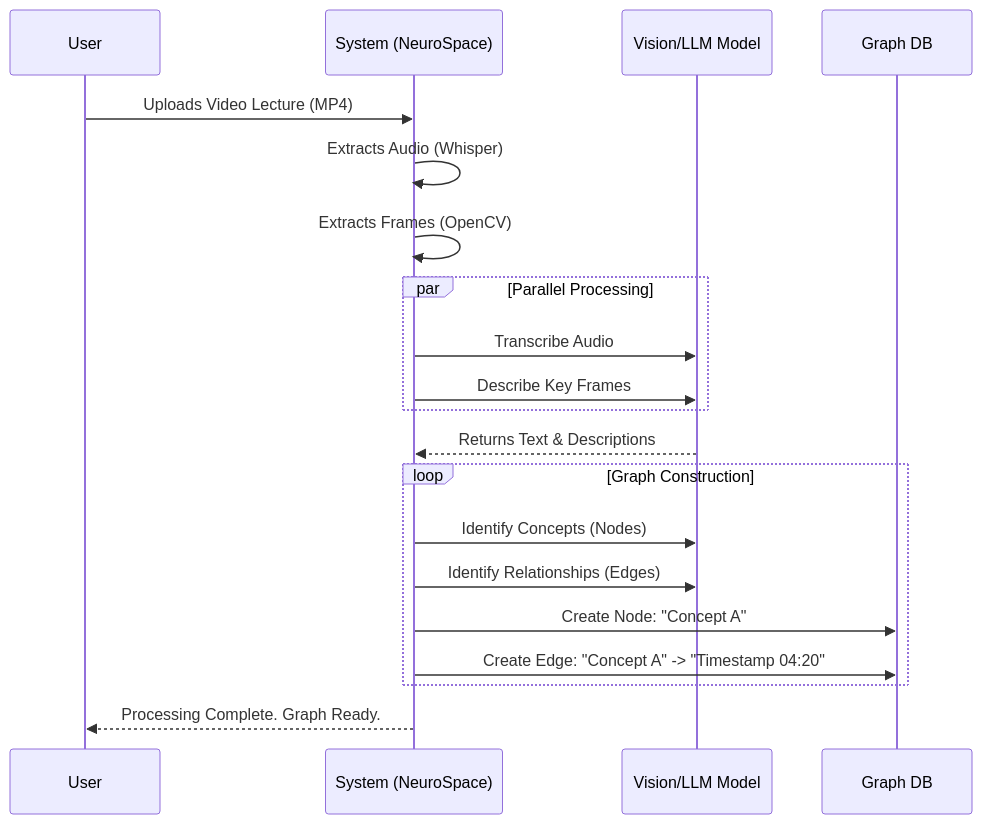
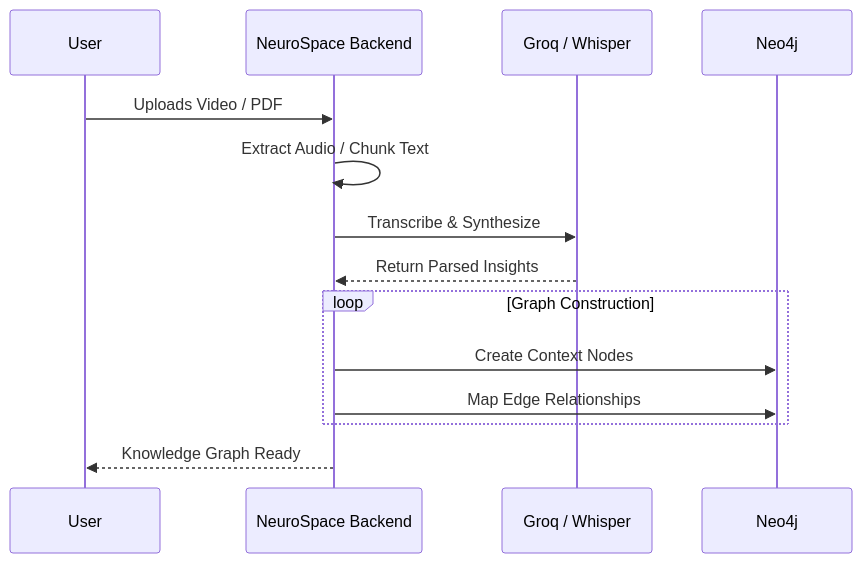
The second of 2 diagrams in README.md (Diluksha-Upeka/Neurospace), drawn with Mermaid before and after one commit. The commit also changed other lines of this file, not shown here.

Commit message:
feat: overhaul README with a detailed project overview, key features, technology stack, comprehensive Docker-based getting started guide, and updated architecture diagrams.

````diff
--- a/README.md
+++ b/README.md
@@ -90,27 +116,17 @@
 ```mermaid
 sequenceDiagram
   participant U as User
-  participant S as System (NeuroSpace)
-  participant AI as Vision/LLM Model
-  participant G as Graph DB
+  participant S as NeuroSpace Backend
+  participant AI as Groq / Whisper
+  participant G as Neo4j
 
-  U->>S: Uploads Video Lecture (MP4)
-  S->>S: Extracts Audio (Whisper)
-  S->>S: Extracts Frames (OpenCV)
-    
-  par Parallel Processing
-    S->>AI: Transcribe Audio
-    S->>AI: Describe Key Frames
+  U->>S: Uploads Video / PDF
+  S->>S: Extract Audio / Chunk Text
+  S->>AI: Transcribe & Synthesize
+  AI-->>S: Return Parsed Insights
+  loop Graph Construction
+    S->>G: Create Context Nodes
+    S->>G: Map Edge Relationships
   end
-    
-  AI-->>S: Returns Text & Descriptions
-    
-  loop Graph Construction
-    S->>AI: Identify Concepts (Nodes)
-    S->>AI: Identify Relationships (Edges)
-    S->>G: Create Node: "Concept A"
-    S->>G: Create Edge: "Concept A" -> "Timestamp 04:20"
-  end
-    
-  S-->>U: Processing Complete. Graph Ready.
+  S-->>U: Knowledge Graph Ready
 ```
````
